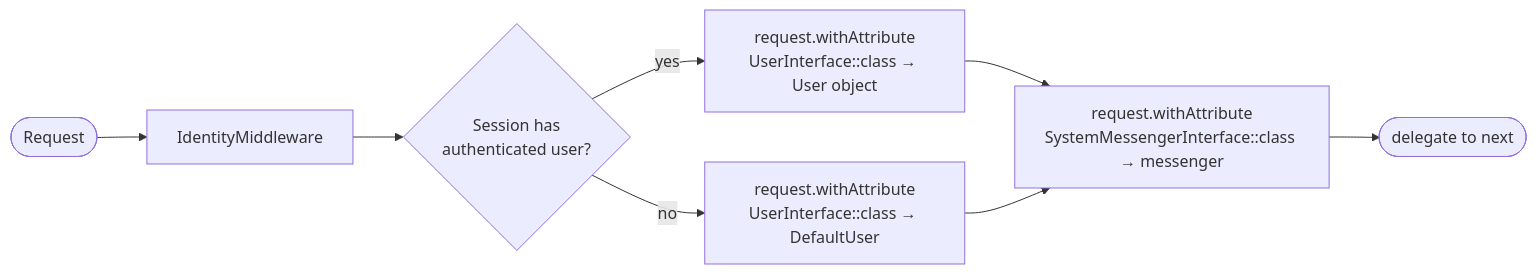
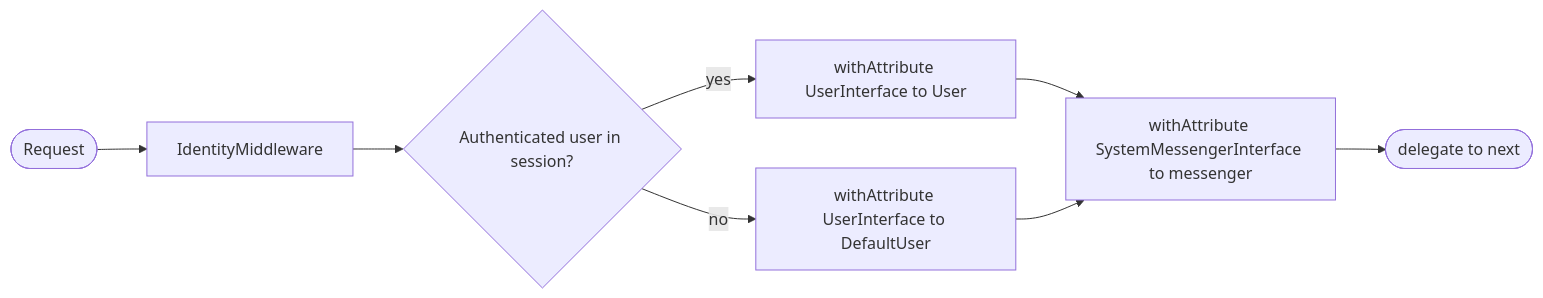
One commit to tyrsson/farmers-store-inventory changed the first of 2 diagrams in src/webware-acl/docs/authorization-middleware.md. Above: the diagram before and after it, drawn with Mermaid. The commit also changed 2 other files, not shown here.

Commit message:
Fix parse error in diagrams

````diff
--- a/src/webware-acl/docs/authorization-middleware.md
+++ b/src/webware-acl/docs/authorization-middleware.md
@@ -21,10 +21,10 @@
 ```mermaid
 flowchart LR
     A([Request]) --> B[IdentityMiddleware]
-    B --> C{Session has\nauthenticated user?}
-    C -- yes --> D[request.withAttribute\nUserInterface::class → User object]
-    C -- no  --> E[request.withAttribute\nUserInterface::class → DefaultUser]
-    D --> F[request.withAttribute\nSystemMessengerInterface::class → messenger]
+    B --> C{Authenticated user in session?}
+    C -- yes --> D[withAttribute UserInterface to User]
+    C -- no  --> E[withAttribute UserInterface to DefaultUser]
+    D --> F[withAttribute SystemMessengerInterface to messenger]
     E --> F
     F --> G([delegate to next])
 ```
````
